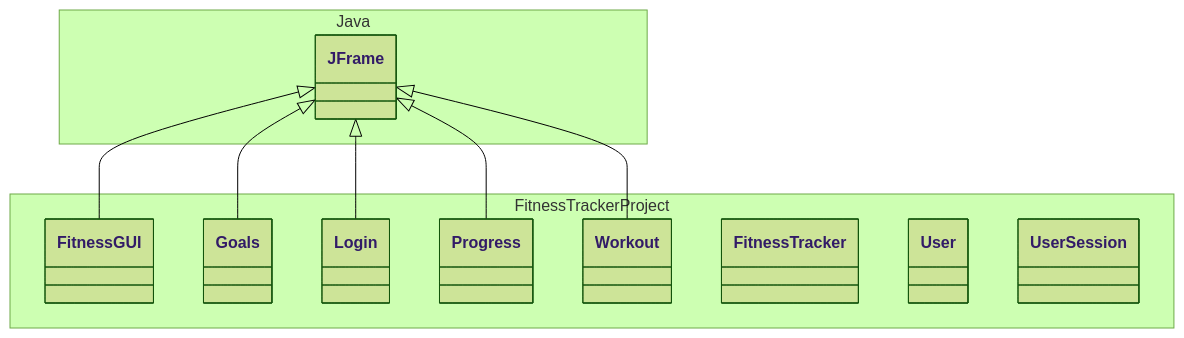
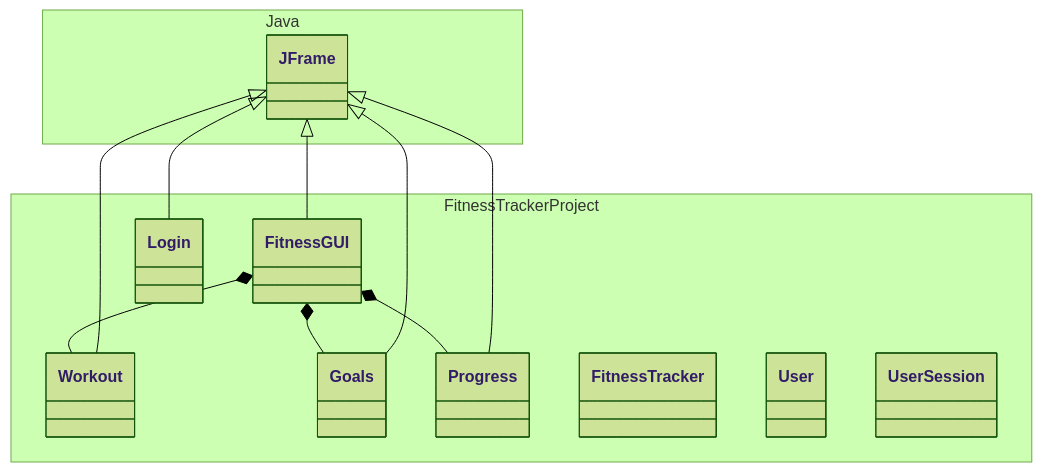
The diagram in README.md (KennyQiH/FitnessTracker), drawn with Mermaid before and after one commit.

Commit message:
Update composition relations between FitnessGUI and its frames

````diff
--- a/README.md
+++ b/README.md
@@ -24,41 +24,44 @@
 ```mermaid
 %%{init: {'theme':'forest'}}%%
 classDiagram
     JFrame <|-- FitnessGUI
+    FitnessGUI *-- Workout
+    FitnessGUI *-- Goals
+    FitnessGUI *-- Progress
+
     JFrame <|-- Goals
     JFrame <|-- Login
     JFrame <|-- Progress
     JFrame <|-- Workout 
-    
     namespace Java {
         class JFrame {
 
         }
     }
     namespace FitnessTrackerProject {
         class FitnessGUI {
         }
         class FitnessTracker {
         }
         class Goals {
 
         }
         class Progress {
 
         }
         class Login {
 
         }
         class Progress {
 
         }
         class User {
         }
         class UserSession {
 
         }
         class Workout {
 
         }
     }
 ```
````
